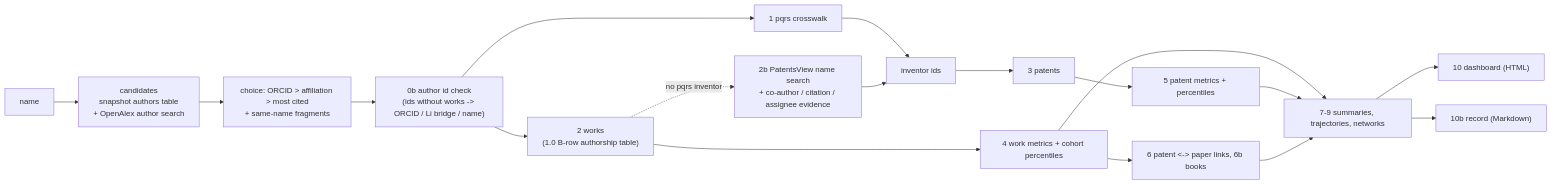
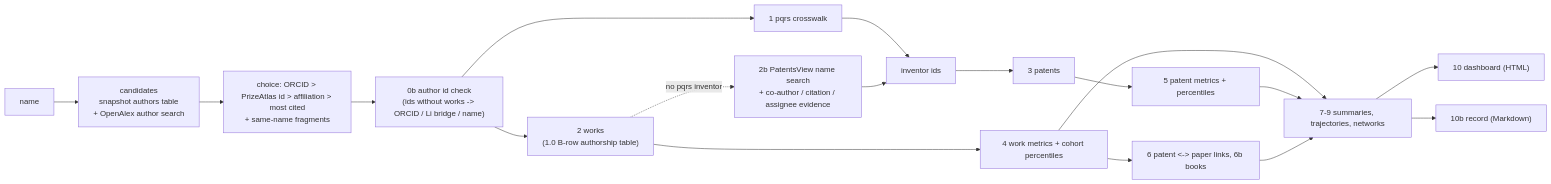
The diagram in README.md (Dawoon-Jeong0523/Author_profile), drawn with Mermaid before and after one commit. The commit also changed other lines of this file and 3 other files, not shown here.

First line of the commit message:
Name pipeline: laureate-aware candidate choice, safer labels and CLI checks

````diff
--- a/README.md
+++ b/README.md
@@ -182,16 +187,16 @@
 ```mermaid
 flowchart LR
     Q["name"] --> C["candidates<br/>snapshot authors table<br/>+ OpenAlex author search"]
-    C --> P["choice: ORCID > affiliation > most cited<br/>+ same-name fragments"]
+    C --> P["choice: ORCID > PrizeAtlas id > affiliation > most cited<br/>+ same-name fragments"]
     P --> K["0b author id check<br/>(ids without works -> ORCID / Li bridge / name)"]
     K --> W["2 works<br/>(1.0 B-row authorship table)"]
     K --> X["1 pqrs crosswalk"] --> I["inventor ids"]
     W -. "no pqrs inventor" .-> N["2b PatentsView name search<br/>+ co-author / citation / assignee evidence"] --> I
     I --> T["3 patents"]
     W --> M["4 work metrics + cohort percentiles"]
     T --> MT["5 patent metrics + percentiles"]
     M --> L["6 patent <-> paper links, 6b books"]
     M & MT & L --> S["7-9 summaries, trajectories, networks"]
     S --> D["10 dashboard (HTML)"]
     S --> R["10b record (Markdown)"]
 ```
````
